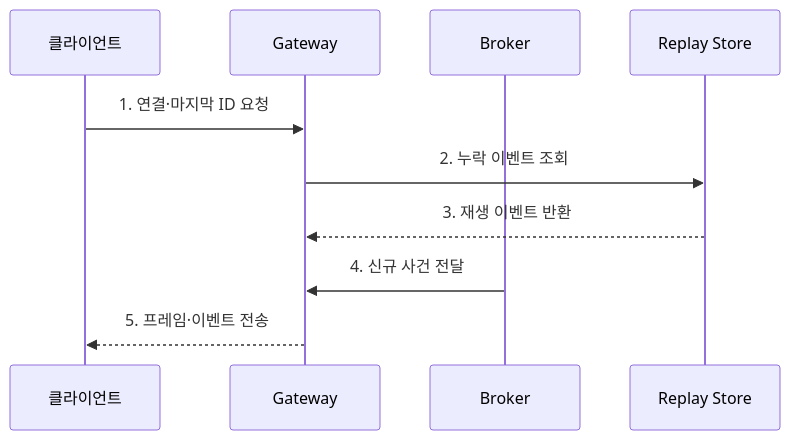
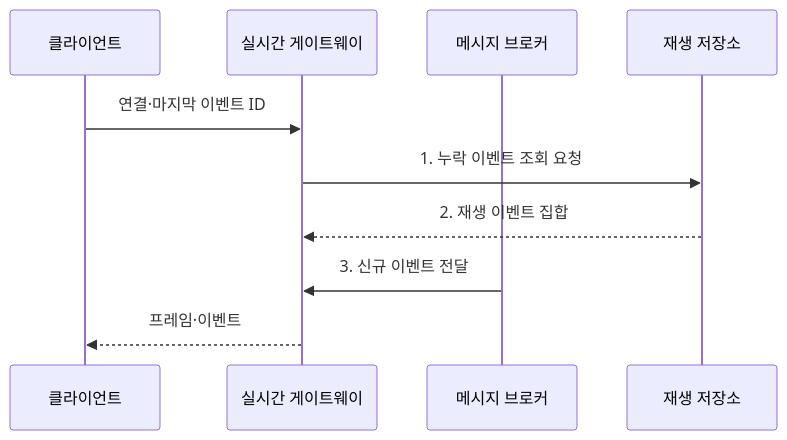
The second of 2 diagrams in src/content/docs/notes/03-software/178_websocket_sse.md (agnusdei1207/knowledge-base), drawn with Mermaid before and after one commit. The commit also changed other lines of this file and 20 other files, not shown here.

````diff
--- a/src/content/docs/notes/03-software/178_websocket_sse.md
+++ b/src/content/docs/notes/03-software/178_websocket_sse.md
@@ -83,12 +86,12 @@
 ```mermaid
 sequenceDiagram
     participant C as 클라이언트
-    participant G as Gateway
-    participant B as Broker
-    participant R as Replay Store
-    C->>G: 1. 연결·마지막 ID 요청
-    G->>R: 2. 누락 이벤트 조회
-    R-->>G: 3. 재생 이벤트 반환
-    B->>G: 4. 신규 사건 전달
-    G-->>C: 5. 프레임·이벤트 전송
+    participant G as 실시간 게이트웨이
+    participant B as 메시지 브로커
+    participant R as 재생 저장소
+    C->>G: 연결·마지막 이벤트 ID
+    G->>R: 1. 누락 이벤트 조회 요청
+    R-->>G: 2. 재생 이벤트 집합
+    B->>G: 3. 신규 이벤트 전달
+    G-->>C: 프레임·이벤트
 ```
````
